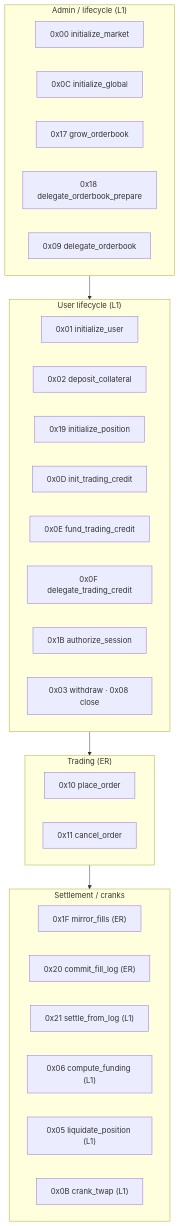
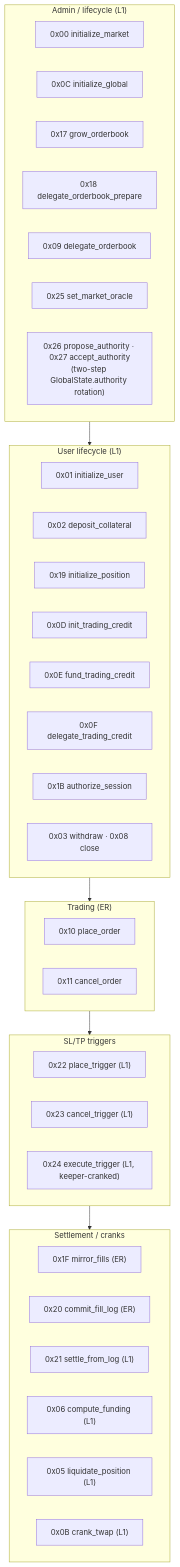
One commit to Ansh-699/SlipStream changed the ninth of 10 diagrams in docs/00-architecture-diagrams.md. Above: the diagram before and after it, drawn with Mermaid. The commit also changed other lines of this file and 3 other files, not shown here.

````diff
--- a/docs/00-architecture-diagrams.md
+++ b/docs/00-architecture-diagrams.md
@@ -276,34 +279,41 @@
 ```mermaid
 flowchart TB
   subgraph ADMIN["Admin / lifecycle (L1)"]
     A0["0x00 initialize_market"]
     A1["0x0C initialize_global"]
     A2["0x17 grow_orderbook"]
     A3["0x18 delegate_orderbook_prepare"]
     A4["0x09 delegate_orderbook"]
+    A5["0x25 set_market_oracle"]
+    A6["0x26 propose_authority · 0x27 accept_authority<br/>(two-step GlobalState.authority rotation)"]
   end
   subgraph USER["User lifecycle (L1)"]
     U0["0x01 initialize_user"]
     U1["0x02 deposit_collateral"]
     U2["0x19 initialize_position"]
     U3["0x0D init_trading_credit"]
     U4["0x0E fund_trading_credit"]
     U5["0x0F delegate_trading_credit"]
     U6["0x1B authorize_session"]
     U7["0x03 withdraw · 0x08 close"]
   end
   subgraph TRADE["Trading (ER)"]
     T0["0x10 place_order"]
     T1["0x11 cancel_order"]
   end
+  subgraph TRIGGERS["SL/TP triggers"]
+    G0["0x22 place_trigger (L1)"]
+    G1["0x23 cancel_trigger (L1)"]
+    G2["0x24 execute_trigger (L1, keeper-cranked)"]
+  end
   subgraph SETTLE["Settlement / cranks"]
     S0["0x1F mirror_fills (ER)"]
     S1["0x20 commit_fill_log (ER)"]
     S2["0x21 settle_from_log (L1)"]
     S3["0x06 compute_funding (L1)"]
     S4["0x05 liquidate_position (L1)"]
     S5["0x0B crank_twap (L1)"]
   end
 
-  ADMIN --> USER --> TRADE --> SETTLE
+  ADMIN --> USER --> TRADE --> TRIGGERS --> SETTLE
 ```
````
